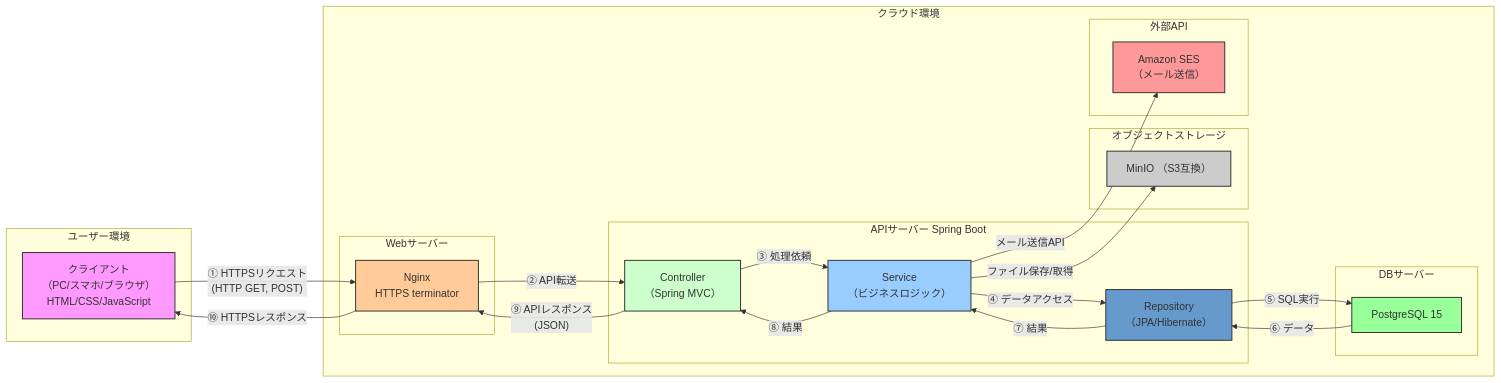
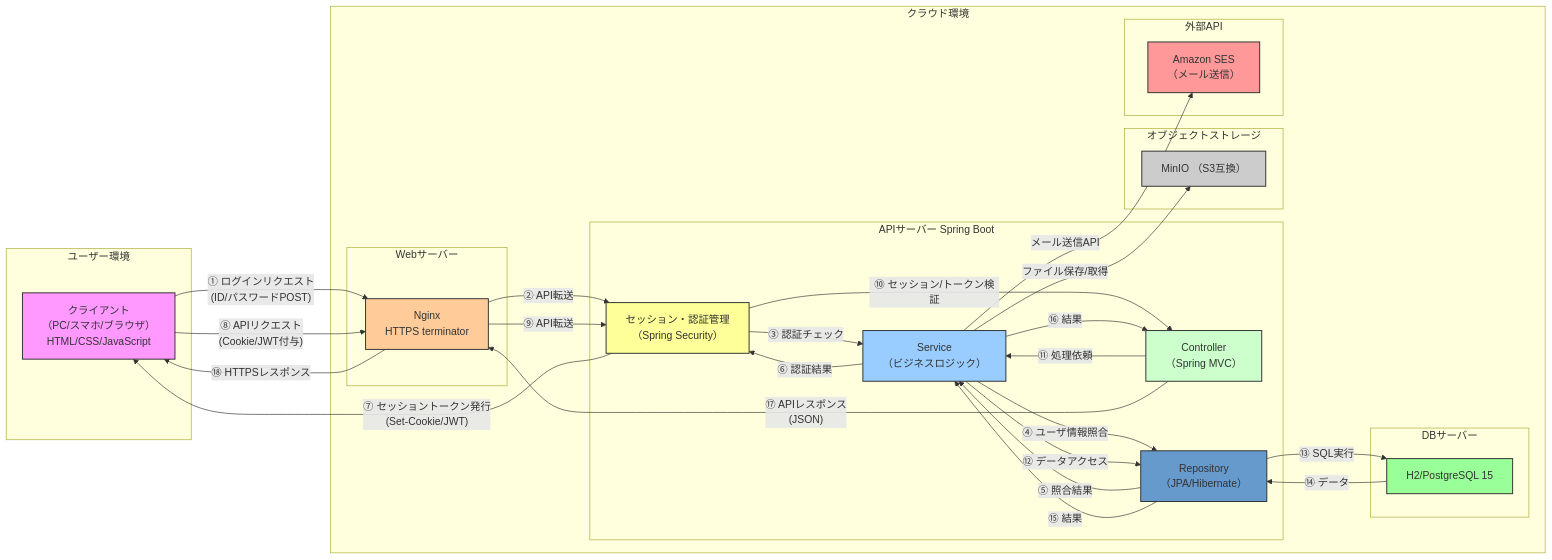
One commit to shogomaeda758/Bacon changed the diagram in 詳細設計/2.md. Above: the diagram before and after it, drawn with Mermaid. The commit also changed 1 other file, not shown here.

Commit message:
2・8変更

```diff
--- a/詳細設計/2.md
+++ b/詳細設計/2.md
@@ -7,64 +7,77 @@
 <div class="mermaid">
 graph LR
     subgraph ユーザー環境
         A[クライアント<br>（PC/スマホ/ブラウザ）<br>HTML/CSS/JavaScript]
     end
 
 
     subgraph クラウド環境
         subgraph Webサーバー
             B[Nginx<br>HTTPS terminator]
         end
 
 
         subgraph APIサーバー Spring Boot
-        　　C[Controller<br>（Spring MVC）] 
+            S[セッション・認証管理<br>（Spring Security）]
+            C[Controller<br>（Spring MVC）]
             D[Service<br>（ビジネスロジック）]
             E[Repository<br>（JPA/Hibernate）]
         end
 
 
         subgraph DBサーバー
-            F[PostgreSQL 15]
+            F[H2/PostgreSQL 15]
         end
 
 
         subgraph オブジェクトストレージ
             G[MinIO （S3互換）]
         end
 
 
         subgraph 外部API
             H[Amazon SES<br>（メール送信）]
         end
     end
 
 
-    %% 通信フロー
-    A -- ① HTTPSリクエスト<br>(HTTP GET, POST) --> B
-    B -- ② API転送 --> C
-    C -- ③ 処理依頼 --> D
-    D -- ④ データアクセス --> E
-    E -- ⑤ SQL実行 --> F
-    F -- ⑥ データ --> E
-    E -- ⑦ 結果 --> D
-    D -- ⑧ 結果 --> C
-    C -- ⑨ APIレスポンス<br>(JSON) --> B
-    B -- ⑩ HTTPSレスポンス --> A
+    %% ログイン処理フロー
+    A -- ① ログインリクエスト<br>(ID/パスワードPOST) --> B
+    B -- ② API転送 --> S
+    S -- ③ 認証チェック --> D
+    D -- ④ ユーザ情報照合 --> E
+    E -- ⑤ 照合結果 --> D
+    D -- ⑥ 認証結果 --> S
+    S -- ⑦ セッショントークン発行<br>(Set-Cookie/JWT) --> A
+
+
+    %% 認証付きAPIアクセス
+    A -- ⑧ APIリクエスト<br>(Cookie/JWT付与) --> B
+    B -- ⑨ API転送 --> S
+    S -- ⑩ セッション/トークン検証 --> C
+    C -- ⑪ 処理依頼 --> D
+    D -- ⑫ データアクセス --> E
+    E -- ⑬ SQL実行 --> F
+    F -- ⑭ データ --> E
+    E -- ⑮ 結果 --> D
+    D -- ⑯ 結果 --> C
+    C -- ⑰ APIレスポンス<br>(JSON) --> B
+    B -- ⑱ HTTPSレスポンス --> A
 
 
     %% さらにストレージや外部API呼び出し
     D -- ファイル保存/取得 --> G
     D -- メール送信API --> H
 
 
     %% スタイル
-   style A fill:#f9f,stroke:#333,stroke-width:1.5px
+    style A fill:#f9f,stroke:#333,stroke-width:1.5px
     style B fill:#ffcc99,stroke:#333,stroke-width:1.5px
     style C fill:#ccffcc,stroke:#333,stroke-width:1.5px
     style D fill:#99ccff,stroke:#333,stroke-width:1.5px
     style E fill:#6699cc,stroke:#333,stroke-width:1.5px
     style F fill:#99ff99,stroke:#333,stroke-width:1.5px
     style G fill:#cccccc,stroke:#333,stroke-width:1.5px
     style H fill:#ff9999,stroke:#333,stroke-width:1.5px
+    style S fill:#ffff99,stroke:#333,stroke-width:1.5px
 </div>
```
